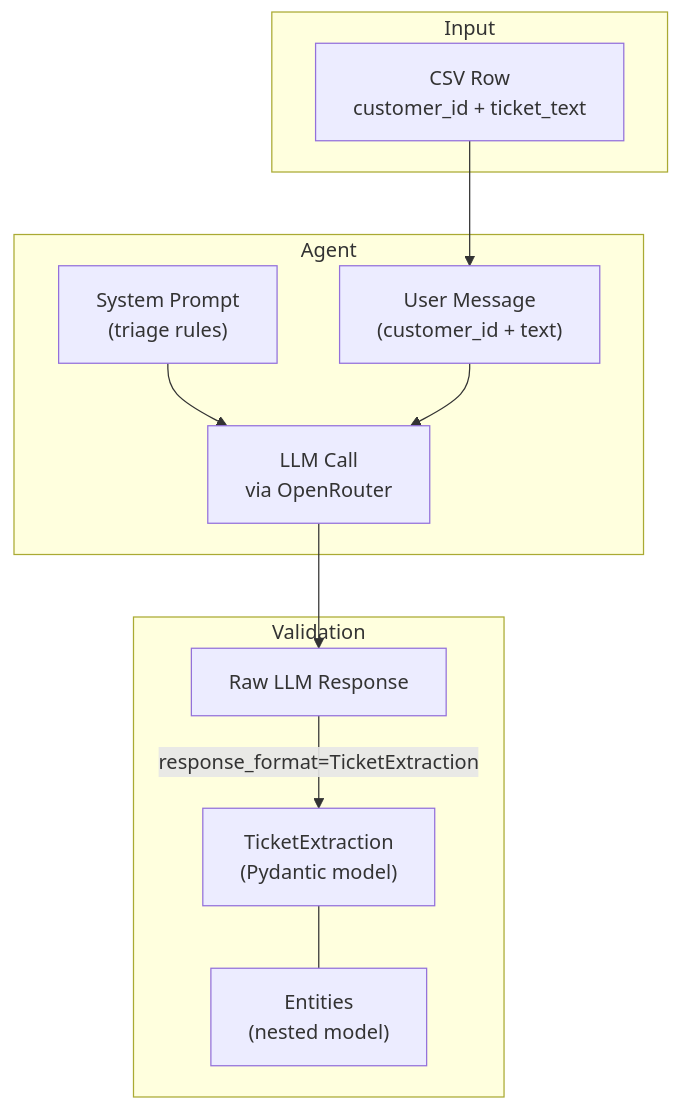
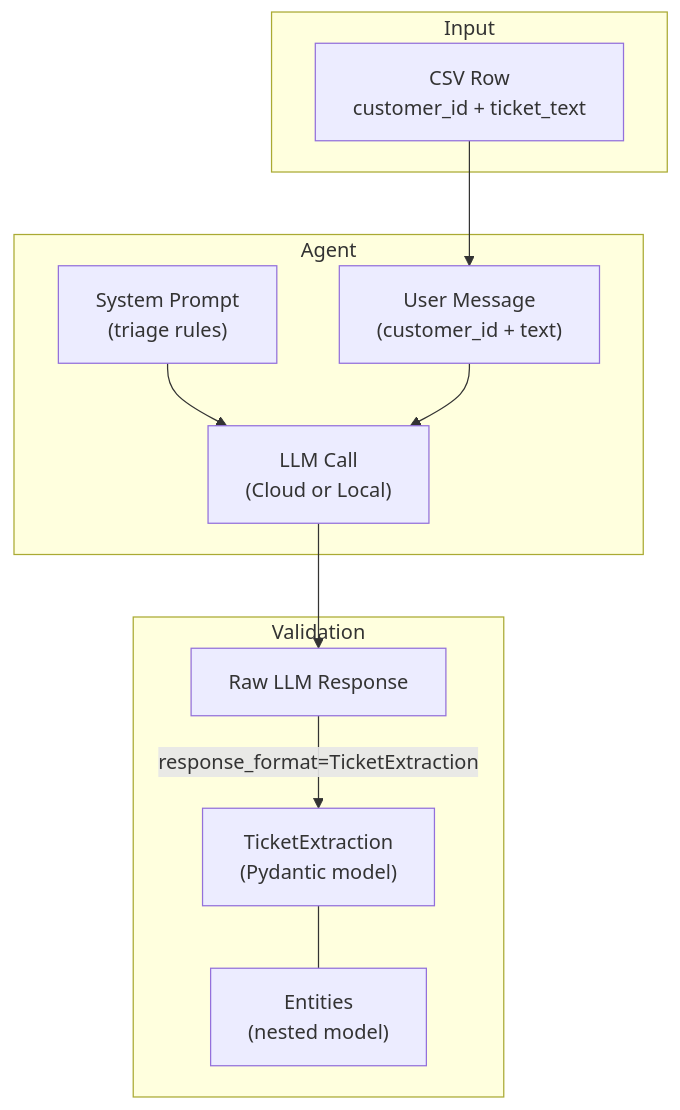
The second of 3 diagrams in week5-structured-output/README.md (yetkineser/VBO_AI_Engineering), drawn with Mermaid before and after one commit. The commit also changed other lines of this file, not shown here.

Commit message:
Update week5 README with local model support and comparison table

````diff
--- a/week5-structured-output/README.md
+++ b/week5-structured-output/README.md
@@ -19,25 +24,25 @@
 ```mermaid
 flowchart TD
     subgraph Input
         CSV["CSV Row\ncustomer_id + ticket_text"]
     end
 
     subgraph Agent
         SYS["System Prompt\n(triage rules)"]
         USR["User Message\n(customer_id + text)"]
-        LLM["LLM Call\nvia OpenRouter"]
+        LLM["LLM Call\n(Cloud or Local)"]
         SYS --> LLM
         USR --> LLM
     end
 
     subgraph Validation
         RAW["Raw LLM Response"]
         TE["TicketExtraction\n(Pydantic model)"]
         ENT["Entities\n(nested model)"]
         TE --- ENT
     end
 
     CSV --> USR
     LLM --> RAW
     RAW -->|"response_format=TicketExtraction"| TE
 ```
````
